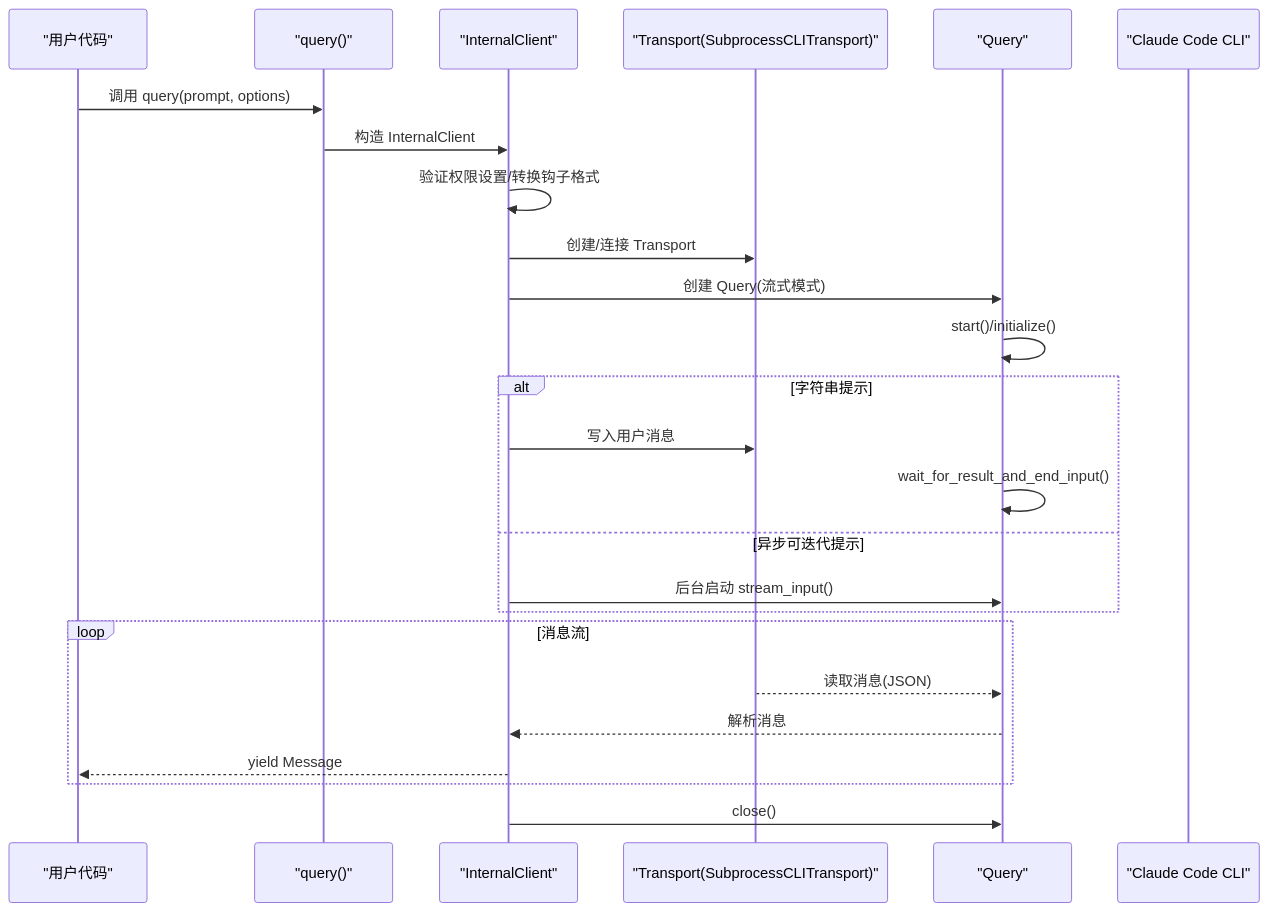
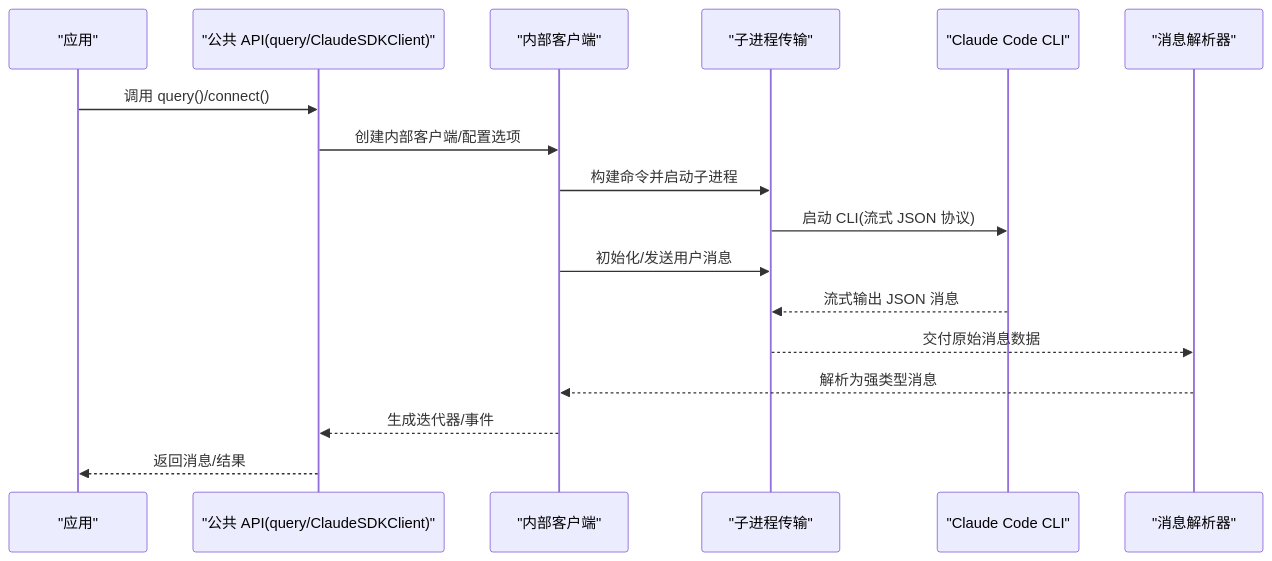
Before and after one commit to defulat-coder/claude-agent-sdk-python: the second of 6 diagrams in .qoder/repowiki/zh/content/项目概述.md, drawn with Mermaid. The commit also changed other lines of this file and 85 other files, not shown here.

````diff
--- a/.qoder/repowiki/zh/content/项目概述.md
+++ b/.qoder/repowiki/zh/content/项目概述.md
@@ -186,27 +123,19 @@
 ```mermaid
 sequenceDiagram
-participant U as "用户代码"
-participant Q as "query()"
-participant IC as "InternalClient"
-participant T as "Transport(SubprocessCLITransport)"
-participant QRY as "Query"
+participant App as "应用"
+participant API as "公共 API(query/ClaudeSDKClient)"
+participant Int as "内部客户端"
+participant Trans as "子进程传输"
 participant CLI as "Claude Code CLI"
-U->>Q : 调用 query(prompt, options)
-Q->>IC : 构造 InternalClient
-IC->>IC : 验证权限设置/转换钩子格式
-IC->>T : 创建/连接 Transport
-IC->>QRY : 创建 Query(流式模式)
-QRY->>QRY : start()/initialize()
-alt 字符串提示
-IC->>T : 写入用户消息
-QRY->>QRY : wait_for_result_and_end_input()
-else 异步可迭代提示
-IC->>QRY : 后台启动 stream_input()
-end
-loop 消息流
-T-->>QRY : 读取消息(JSON)
-QRY-->>IC : 解析消息
-IC-->>U : yield Message
-end
-IC->>QRY : close()
+participant Parser as "消息解析器"
+App->>API : 调用 query()/connect()
+API->>Int : 创建内部客户端/配置选项
+Int->>Trans : 构建命令并启动子进程
+Trans->>CLI : 启动 CLI(流式 JSON 协议)
+Int->>Trans : 初始化/发送用户消息
+CLI-->>Trans : 流式输出 JSON 消息
+Trans-->>Parser : 交付原始消息数据
+Parser-->>Int : 解析为强类型消息
+Int-->>API : 生成迭代器/事件
+API-->>App : 返回消息/结果
 ```
````
